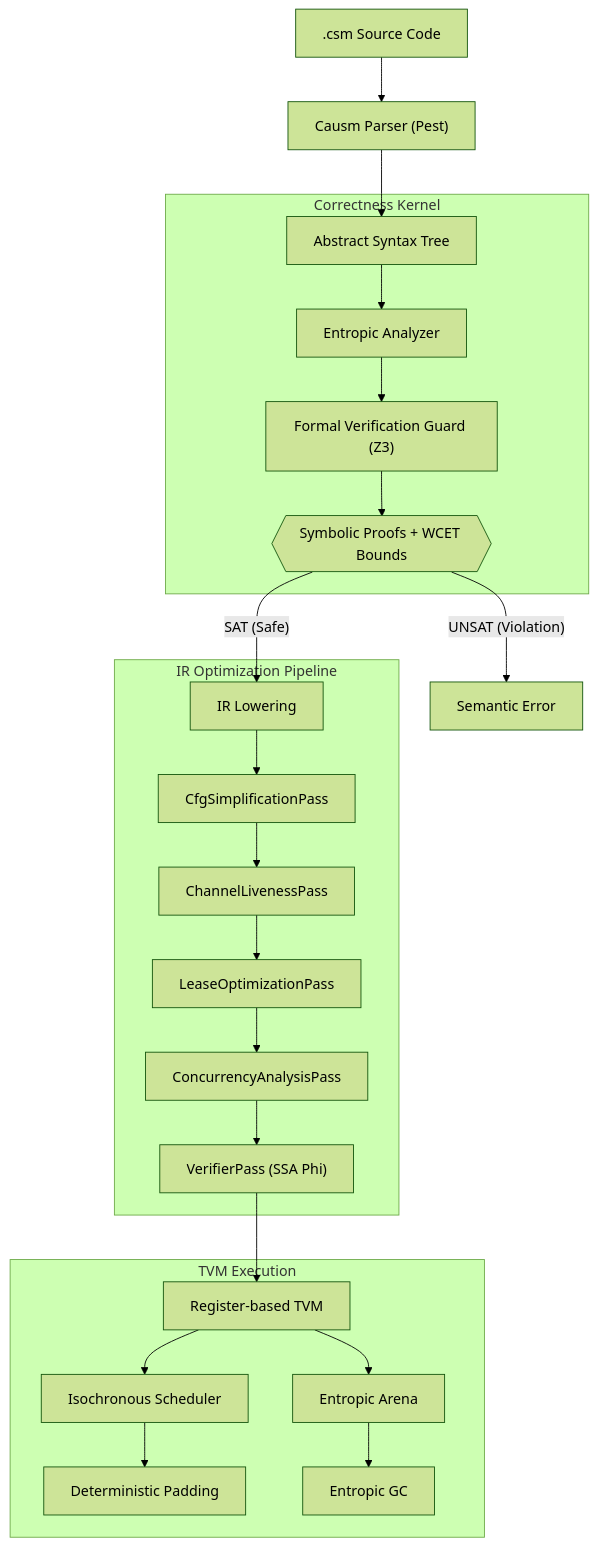
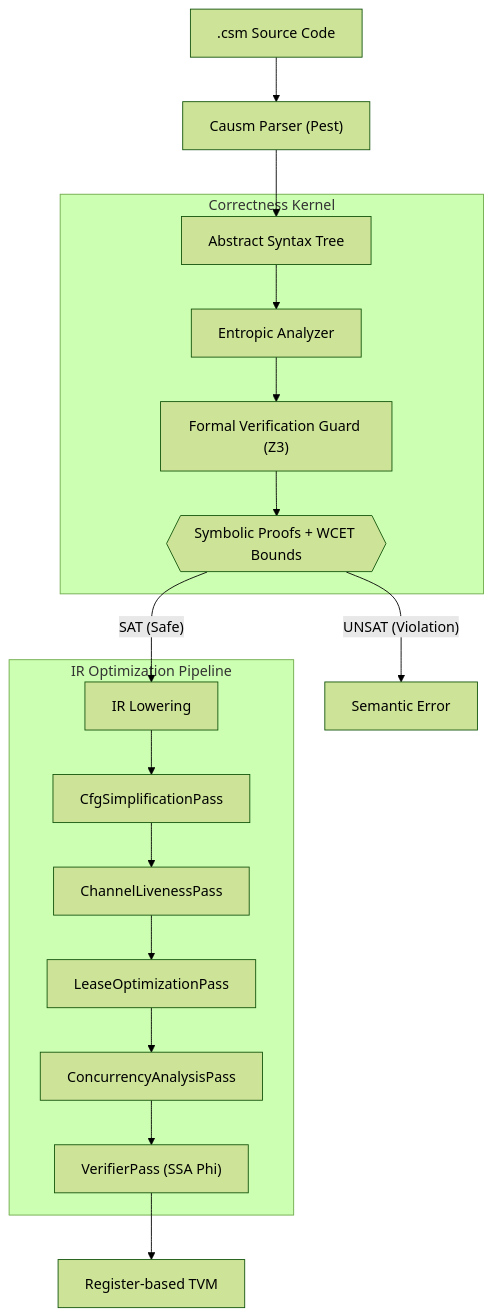
One commit to SSL-ACTX/Causm changed the diagram in README.md. Above: the diagram before and after it, drawn with Mermaid (forest theme). The commit also changed other lines of this file and 4 other files, not shown here.

````diff
--- a/README.md
+++ b/README.md
@@ -44,31 +31,24 @@
 ```mermaid
 graph TD
     Source[".csm Source Code"] --> Parser["Causm Parser (Pest)"]
     Parser --> AST["Abstract Syntax Tree"]
 
     subgraph "Correctness Kernel"
         AST --> Analyzer["Entropic Analyzer"]
         Analyzer --> Z3Guard["Formal Verification Guard (Z3)"]
         Z3Guard --> Proofs{{"Symbolic Proofs + WCET Bounds"}}
     end
 
     Proofs -- "UNSAT (Violation)" --> Error["Semantic Error"]
     Proofs -- "SAT (Safe)" --> Lowering["IR Lowering"]
 
     subgraph "IR Optimization Pipeline"
         Lowering --> CfgSimp["CfgSimplificationPass"]
         CfgSimp --> ChanLive["ChannelLivenessPass"]
         ChanLive --> LeaseOpt["LeaseOptimizationPass"]
         LeaseOpt --> ConcurAn["ConcurrencyAnalysisPass"]
         ConcurAn --> Verifier["VerifierPass (SSA Phi)"]
     end
 
     Verifier --> TVM["Register-based TVM"]
-
-    subgraph "TVM Execution"
-        TVM --> Sched["Isochronous Scheduler"]
-        TVM --> Arena["Entropic Arena"]
-        Sched --> Padding["Deterministic Padding"]
-        Arena --> EGC["Entropic GC"]
-    end
 ```
````
